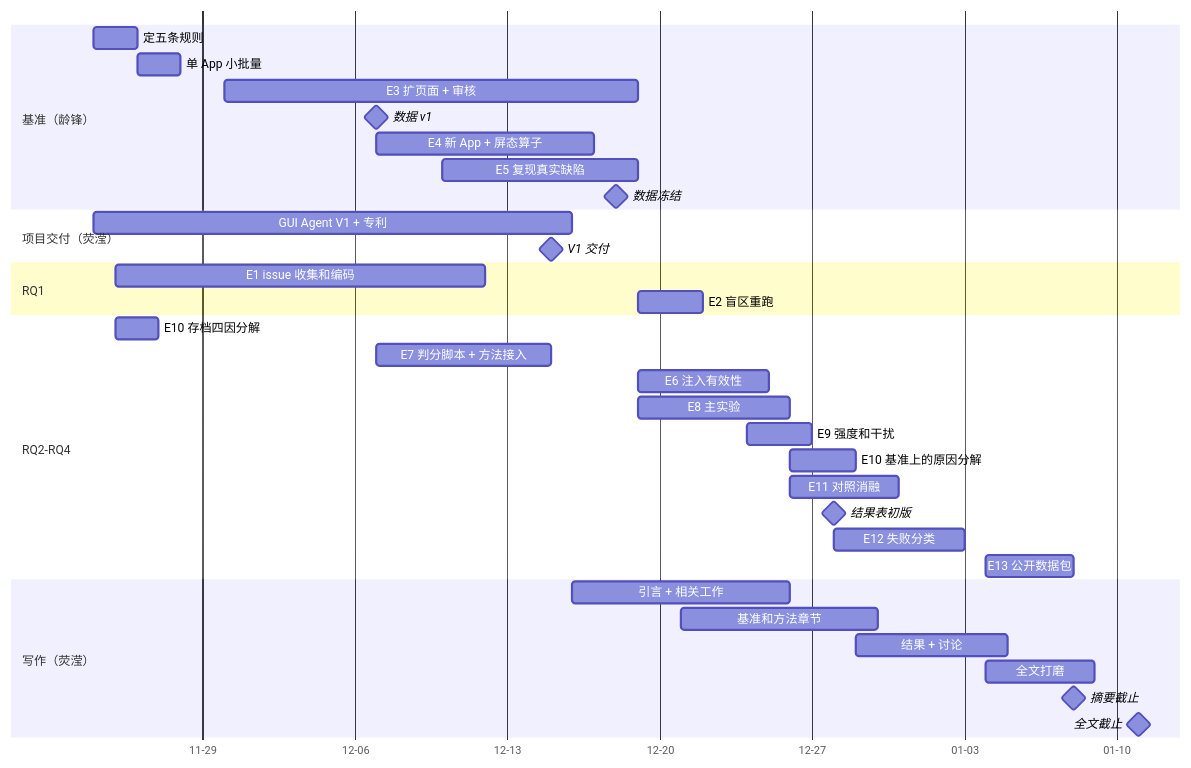
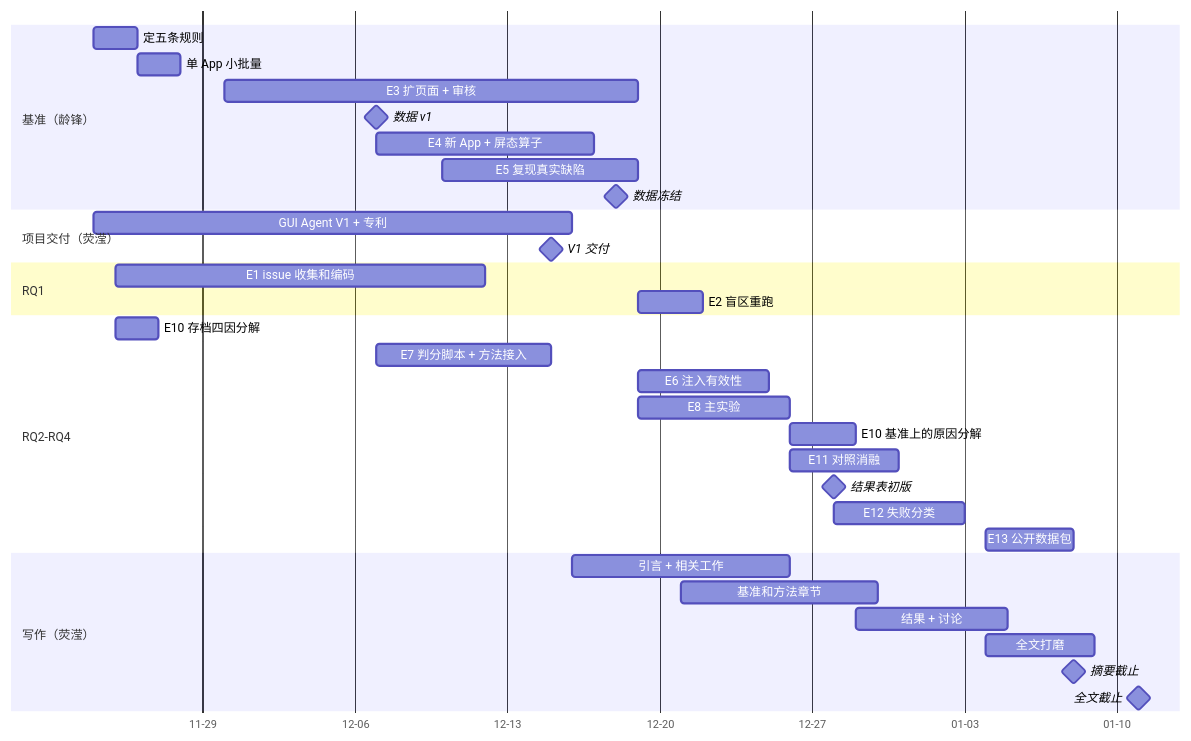
The second of 2 diagrams in ux-research-brief/ux-research-brief-drafts/论文全貌_初稿与排期.md (ZYY0321/Research-Notes), drawn with Mermaid before and after one commit. The commit also changed other lines of this file and 2 other files, not shown here.

````diff
--- a/ux-research-brief/ux-research-brief-drafts/论文全貌_初稿与排期.md
+++ b/ux-research-brief/ux-research-brief-drafts/论文全貌_初稿与排期.md
@@ -255,37 +310,36 @@
 ```mermaid
 gantt
     dateFormat  YYYY-MM-DD
     axisFormat  %m-%d
     section 基准（龄锋）
     定五条规则                :a1, 2026-11-24, 2d
     单 App 小批量             :a2, 2026-11-26, 2d
     E3 扩页面 + 审核          :a3, 2026-11-30, 19d
     数据 v1                   :milestone, m1, 2026-12-07, 0d
     E4 新 App + 屏态算子      :a4, 2026-12-07, 10d
     E5 复现真实缺陷           :a5, 2026-12-10, 9d
     数据冻结                  :milestone, m2, 2026-12-18, 0d
     section 项目交付（荧滢）
     GUI Agent V1 + 专利       :b1, 2026-11-24, 22d
     V1 交付                   :milestone, m3, 2026-12-15, 0d
     section RQ1
     E1 issue 收集和编码       :c1, 2026-11-25, 17d
     E2 盲区重跑               :c2, 2026-12-19, 3d
     section RQ2-RQ4
     E10 存档四因分解          :e0, 2026-11-25, 2d
     E7 判分脚本 + 方法接入    :e1, 2026-12-07, 8d
     E6 注入有效性             :e2, 2026-12-19, 6d
     E8 主实验                 :e3, 2026-12-19, 7d
-    E9 强度和干扰             :e4, 2026-12-24, 3d
     E10 基准上的原因分解      :e5, 2026-12-26, 3d
     E11 对照消融              :e6, 2026-12-26, 5d
     结果表初版                :milestone, m4, 2026-12-28, 0d
     E12 失败分类              :e7, 2026-12-28, 6d
     E13 公开数据包            :e8, 2027-01-04, 4d
     section 写作（荧滢）
     引言 + 相关工作           :d1, 2026-12-16, 10d
     基准和方法章节            :d2, 2026-12-21, 9d
     结果 + 讨论               :d3, 2026-12-29, 7d
     全文打磨                  :d4, 2027-01-04, 5d
     摘要截止                  :milestone, m5, 2027-01-08, 0d
     全文截止                  :milestone, m6, 2027-01-11, 0d
 ```
````
